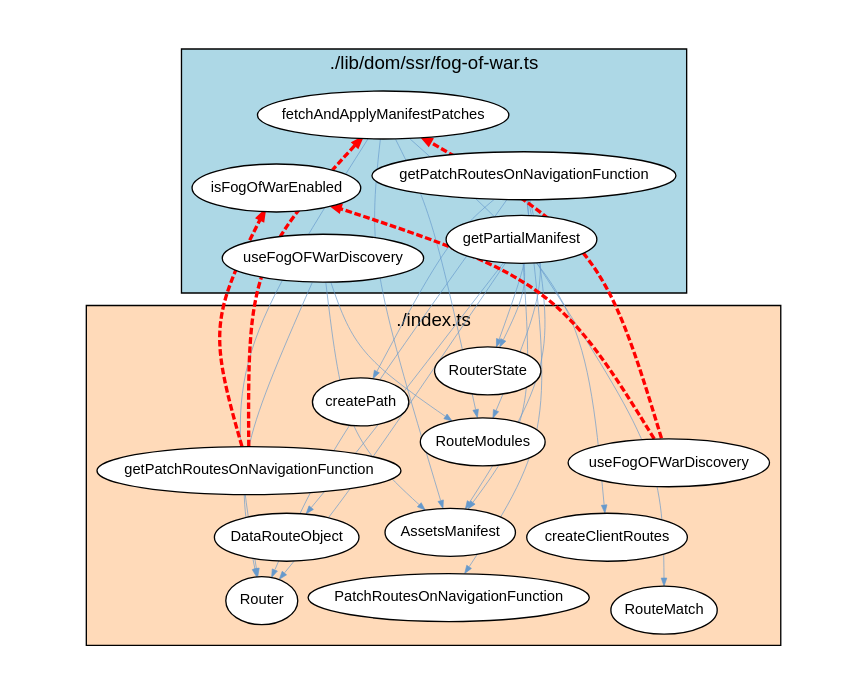
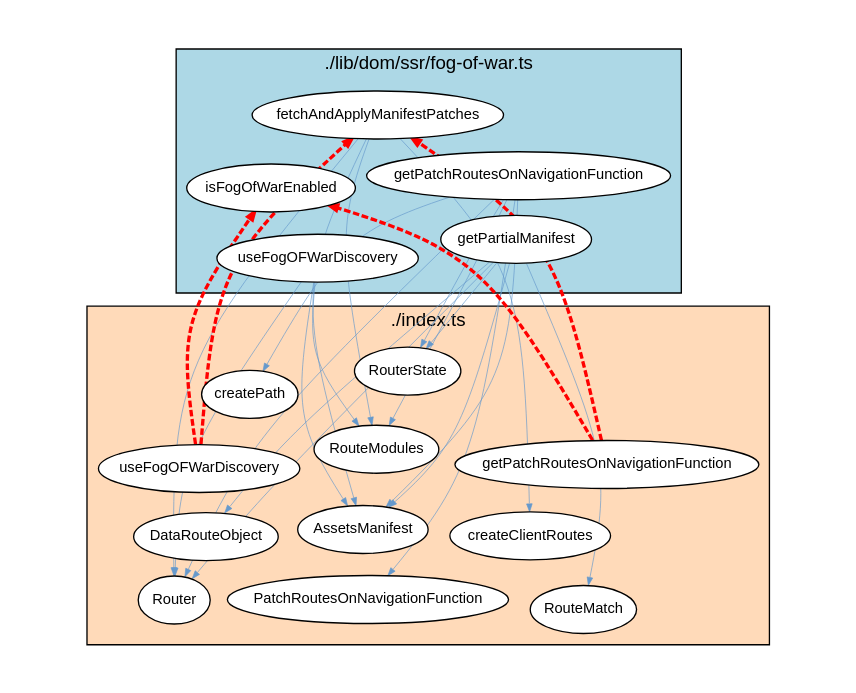
One commit to JohT/code-graph-analysis-examples changed the diagram in analysis-results/react-router/latest/cyclic-dependencies/Typescript_Module/Graph_Visualizations/graphviz/TypescriptModuleCyclicDependencies5.gv. Above: the diagram before and after it, drawn with Graphviz. The commit also changed other lines of this file and 351 other files, not shown here.

```diff
--- a/analysis-results/react-router/latest/cyclic-dependencies/Typescript_Module/Graph_Visualizations/graphviz/TypescriptModuleCyclicDependencies5.gv
+++ b/analysis-results/react-router/latest/cyclic-dependencies/Typescript_Module/Graph_Visualizations/graphviz/TypescriptModuleCyclicDependencies5.gv
@@ -1,58 +1,58 @@
 strict digraph cycle {
     graph [layout = "fdp"; start = "7"; splines = "curved"; pad = "0.8,0.4"; outputorder = "edgesfirst";];
     graph [fontname = "Helvetica,Arial,sans-serif"; labelloc = "t";];
     node [fontname = "Helvetica,Arial,sans-serif"; style = "filled"; fillcolor = "white";];
     node [fontsize = 11; margin = "0.05,0.05";];
     edge [fontsize = 9; arrowsize = "0.6";];
 
     subgraph cluster_package {
         label="./lib/dom/ssr/fog-of-war.ts";
         style="filled";
         fillcolor="lightblue";
         "fetchAndApplyManifestPatches";
         "getPartialManifest";
         "useFogOFWarDiscovery_pkg" [label="useFogOFWarDiscovery"];
         "getPatchRoutesOnNavigationFunction_pkg" [label="getPatchRoutesOnNavigationFunction"];
         "isFogOfWarEnabled";
     }
 
     subgraph cluster_dependent {
         label="./index.ts";
         style="filled";
         fillcolor="peachpuff";
         "RouterState";
         "AssetsManifest";
         "PatchRoutesOnNavigationFunction";
         "DataRouteObject";
+        "useFogOFWarDiscovery_dep" [label="useFogOFWarDiscovery"];
         "getPatchRoutesOnNavigationFunction_dep" [label="getPatchRoutesOnNavigationFunction"];
-        "useFogOFWarDiscovery_dep" [label="useFogOFWarDiscovery"];
         "RouteModules";
         "Router";
         "RouteMatch";
         "createClientRoutes";
         "createPath";
     }
 
     "getPatchRoutesOnNavigationFunction_pkg" -> "Router" [color="#6699CC"; penwidth="0.5"];
     "fetchAndApplyManifestPatches" -> "Router" [color="#6699CC"; penwidth="0.5"];
     "fetchAndApplyManifestPatches" -> "AssetsManifest" [color="#6699CC"; penwidth="0.5"];
     "getPatchRoutesOnNavigationFunction_pkg" -> "AssetsManifest" [color="#6699CC"; penwidth="0.5"];
     "getPatchRoutesOnNavigationFunction_pkg" -> "RouteModules" [color="#6699CC"; penwidth="0.5"];
+    "fetchAndApplyManifestPatches" -> "RouteModules" [color="#6699CC"; penwidth="0.5"];
     "fetchAndApplyManifestPatches" -> "createClientRoutes" [color="#6699CC"; penwidth="0.5"];
-    "fetchAndApplyManifestPatches" -> "RouteModules" [color="#6699CC"; penwidth="0.5"];
     "getPartialManifest" -> "Router" [color="#6699CC"; penwidth="0.5"];
+    "useFogOFWarDiscovery_pkg" -> "RouteModules" [color="#6699CC"; penwidth="0.5"];
+    "getPartialManifest" -> "RouterState" [color="#6699CC"; penwidth="0.5"];
     "getPatchRoutesOnNavigationFunction_pkg" -> "RouterState" [color="#6699CC"; penwidth="0.5"];
-    "getPartialManifest" -> "RouterState" [color="#6699CC"; penwidth="0.5"];
+    "getPatchRoutesOnNavigationFunction_pkg" -> "createPath" [color="#6699CC"; penwidth="0.5"];
     "getPartialManifest" -> "AssetsManifest" [color="#6699CC"; penwidth="0.5"];
-    "getPatchRoutesOnNavigationFunction_pkg" -> "createPath" [color="#6699CC"; penwidth="0.5"];
-    "useFogOFWarDiscovery_pkg" -> "RouteModules" [color="#6699CC"; penwidth="0.5"];
     "getPatchRoutesOnNavigationFunction_pkg" -> "PatchRoutesOnNavigationFunction" [color="#6699CC"; penwidth="0.5"];
+    "getPartialManifest" -> "RouteMatch" [color="#6699CC"; penwidth="0.5"];
     "useFogOFWarDiscovery_pkg" -> "AssetsManifest" [color="#6699CC"; penwidth="0.5"];
-    "getPartialManifest" -> "RouteMatch" [color="#6699CC"; penwidth="0.5"];
+    "getPartialManifest" -> "DataRouteObject" [color="#6699CC"; penwidth="0.5"];
     "useFogOFWarDiscovery_pkg" -> "Router" [color="#6699CC"; penwidth="0.5"];
-    "getPartialManifest" -> "DataRouteObject" [color="#6699CC"; penwidth="0.5"];
     "getPatchRoutesOnNavigationFunction_dep" -> "isFogOfWarEnabled" [color="red"; penwidth="2.5"; style="dashed";];
     "useFogOFWarDiscovery_dep" -> "fetchAndApplyManifestPatches" [color="red"; penwidth="2.5"; style="dashed";];
     "useFogOFWarDiscovery_dep" -> "isFogOfWarEnabled" [color="red"; penwidth="2.5"; style="dashed";];
     "getPatchRoutesOnNavigationFunction_dep" -> "fetchAndApplyManifestPatches" [color="red"; penwidth="2.5"; style="dashed";];
 }
```
